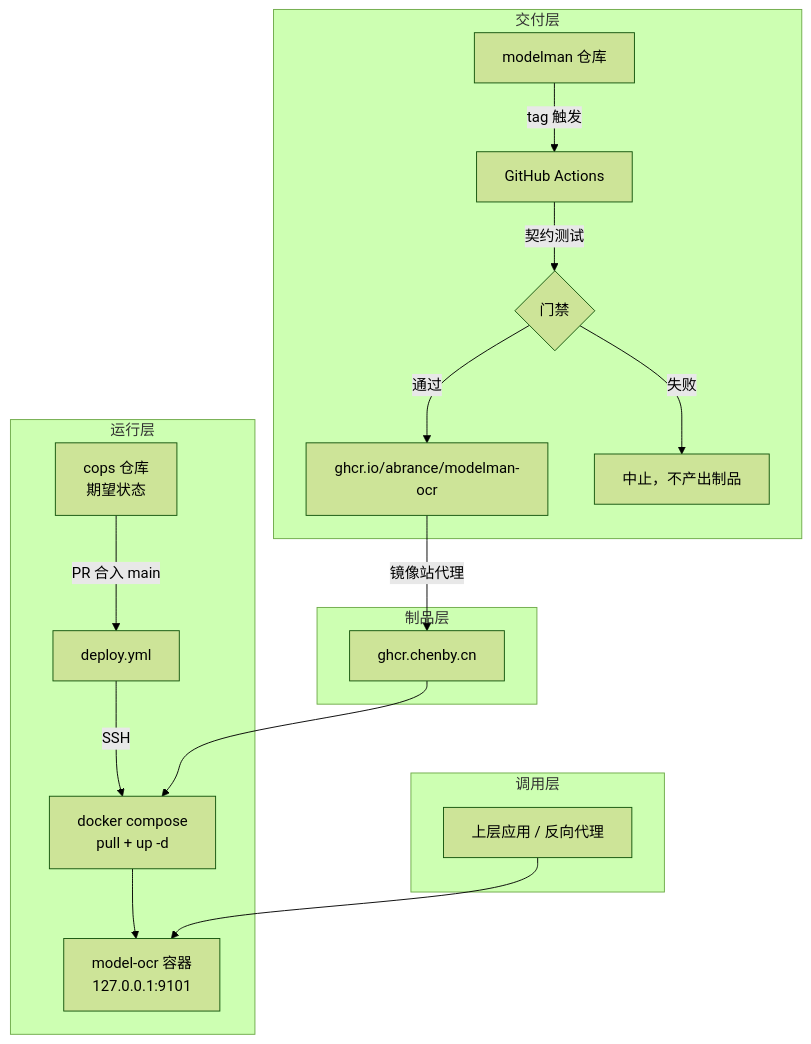
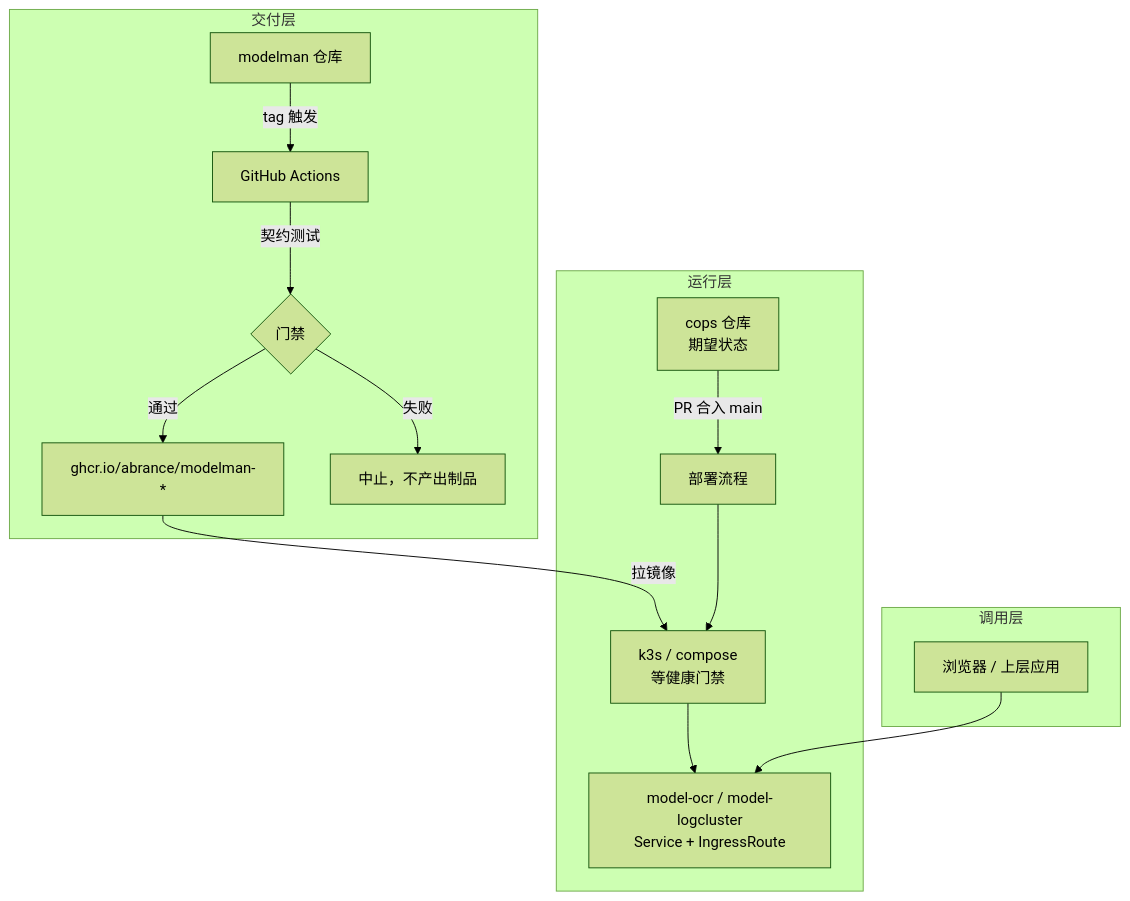
One commit to abrance/modelman changed the diagram in docs/design.md. Above: the diagram before and after it, drawn with Mermaid (forest theme). The commit also changed other lines of this file and 12 other files, not shown here.

````diff
--- a/docs/design.md
+++ b/docs/design.md
@@ -61,21 +61,18 @@
 ```mermaid
 graph TD
   subgraph 交付层
     A[modelman 仓库] -->|tag 触发| B[GitHub Actions]
     B -->|契约测试| C{门禁}
-    C -->|通过| D[ghcr.io/abrance/modelman-ocr]
+    C -->|通过| D[ghcr.io/abrance/modelman-*]
     C -->|失败| X[中止，不产出制品]
   end
-  subgraph 制品层
-    D -->|镜像站代理| E[ghcr.chenby.cn]
-  end
   subgraph 运行层
-    F[cops 仓库<br/>期望状态] -->|PR 合入 main| G[deploy.yml]
-    G -->|SSH| H[docker compose<br/>pull + up -d]
-    E --> H
-    H --> I[model-ocr 容器<br/>127.0.0.1:9101]
+    F[cops 仓库<br/>期望状态] -->|PR 合入 main| G[部署流程]
+    D -->|拉镜像| H[k3s / compose<br/>等健康门禁]
+    G --> H
+    H --> I[model-ocr / model-logcluster<br/>Service + IngressRoute]
   end
   subgraph 调用层
-    J[上层应用 / 反向代理] --> I
+    J[浏览器 / 上层应用] --> I
   end
 ```
````
